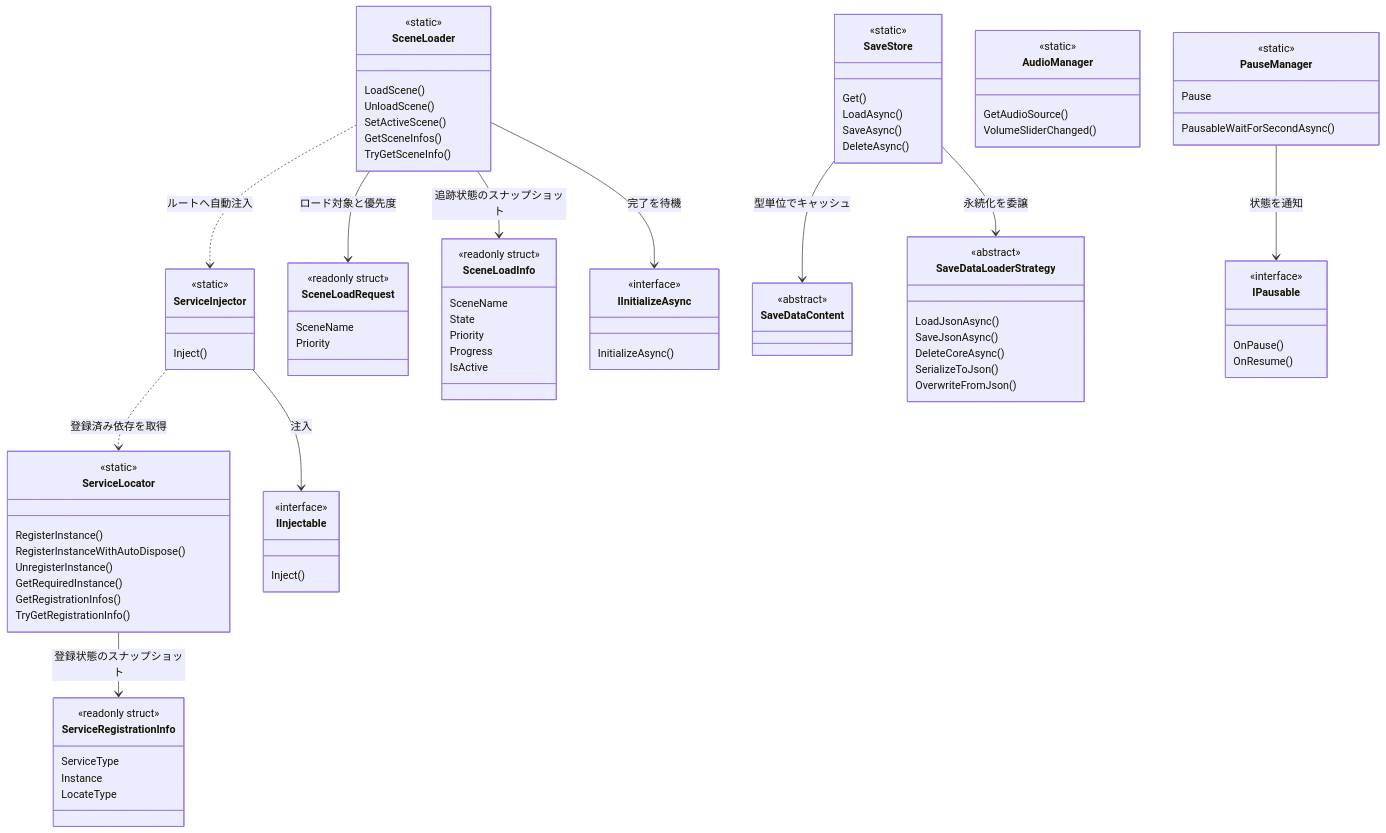
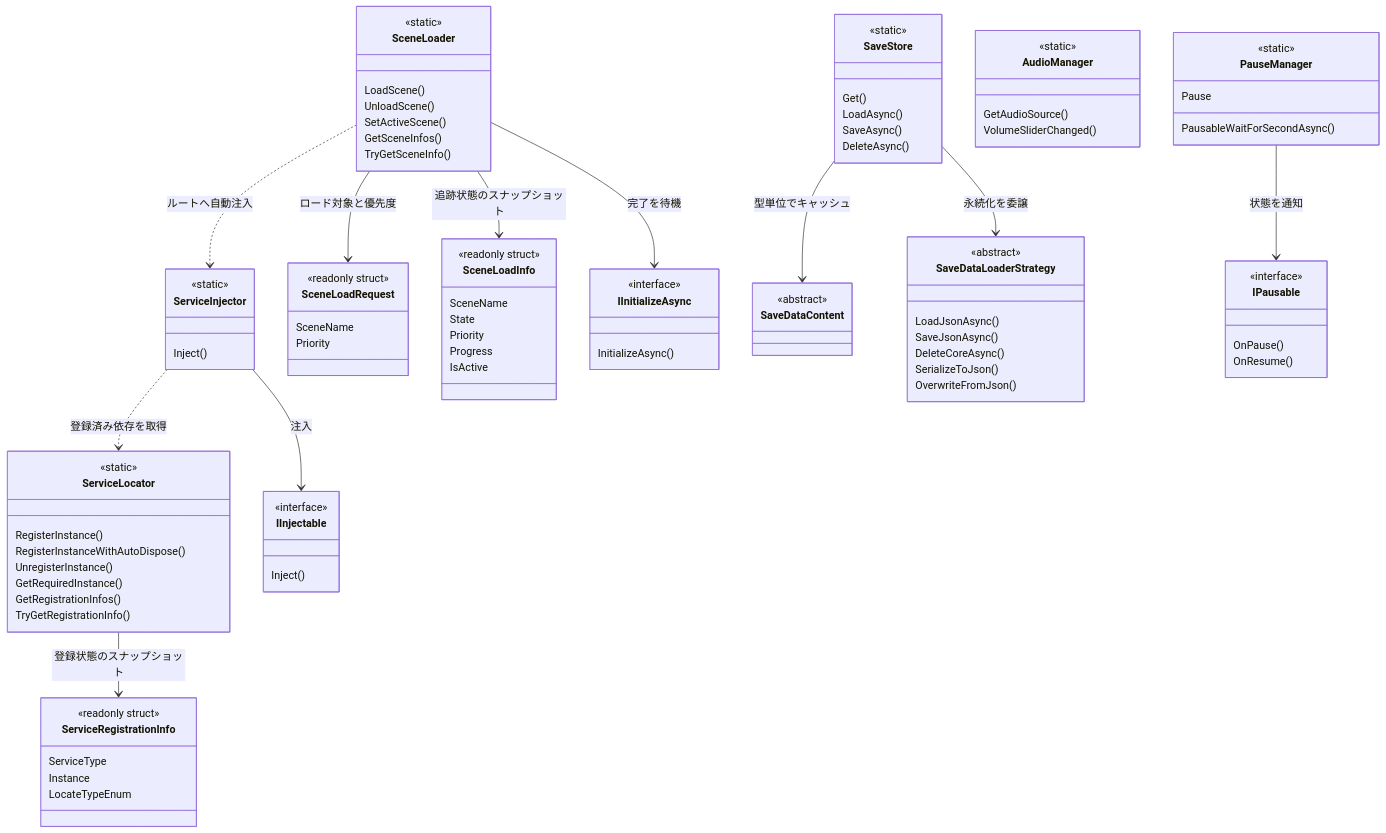
Before and after one commit to HIBIKI5201/SymphonyFramework: the third of 9 diagrams in Documentation~/Architecture.md, drawn with Mermaid. The commit also changed other lines of this file and 2 other files, not shown here.

```diff
--- a/Documentation~/Architecture.md
+++ b/Documentation~/Architecture.md
@@ -86,7 +86,7 @@
         <<readonly struct>>
         ServiceType
         Instance
-        LocateType
+        LocateTypeEnum
     }
     class ServiceInjector {
         <<static>>
```
